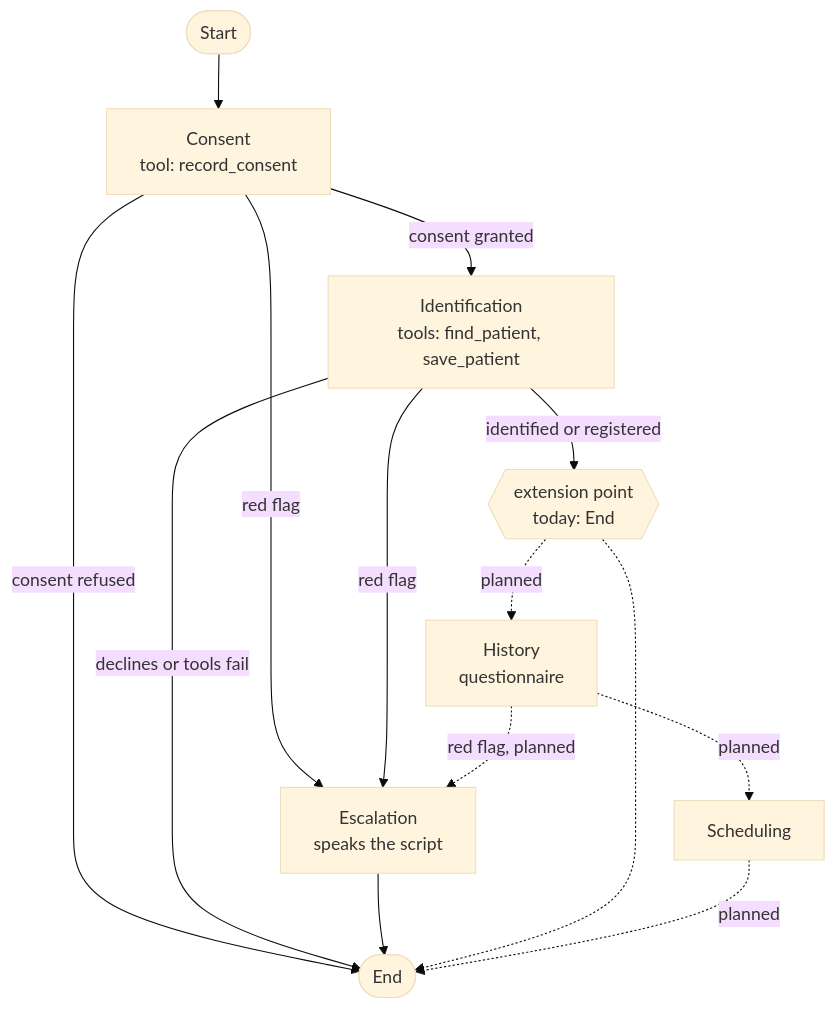
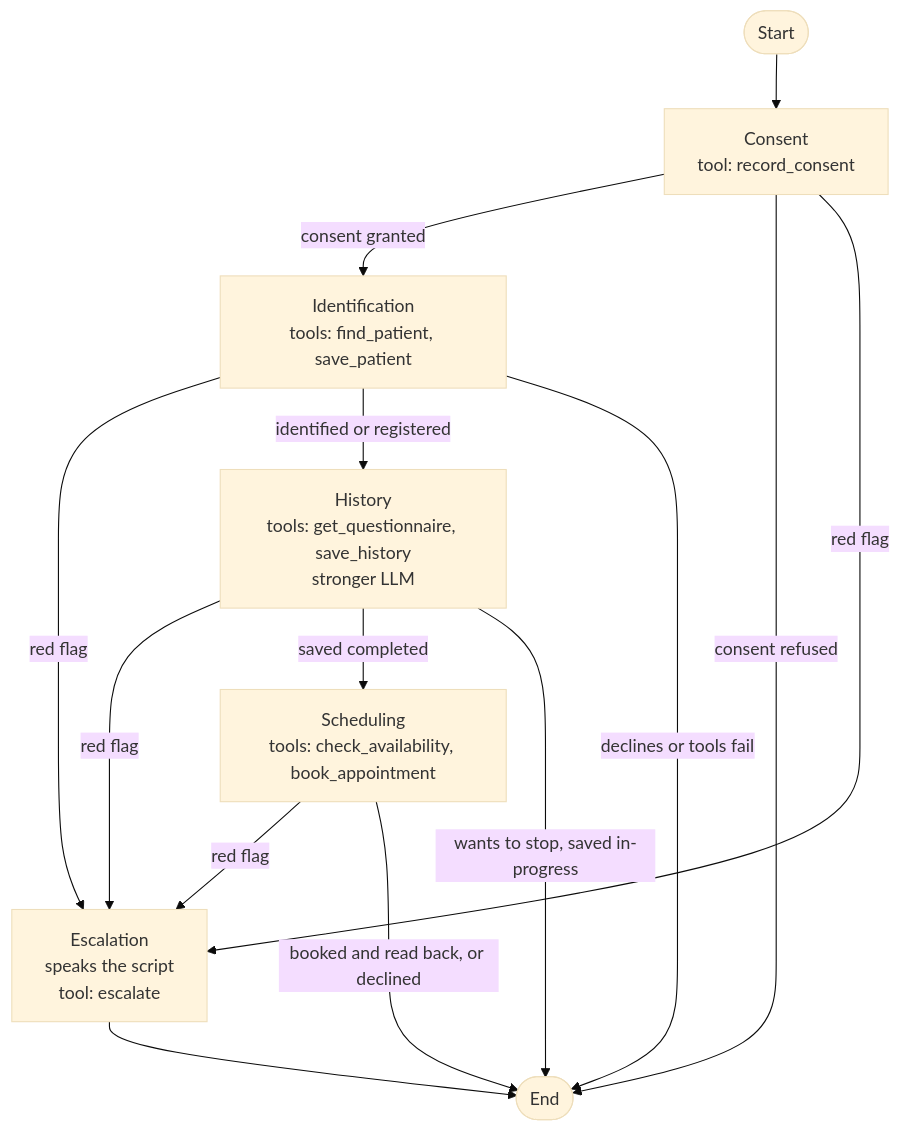
Before and after one commit to poktalabs/pokta-clinic: the diagram in docs/agent.md, drawn with Mermaid (base theme). The commit also changed other lines of this file and 26 other files, not shown here.

First line of the commit message:
feat(agent): History and Scheduling nodes, escalate tool, full analysis

````diff
--- a/docs/agent.md
+++ b/docs/agent.md
@@ -13,16 +13,16 @@
 ```mermaid
 flowchart TD
     start([Start]) --> consent[Consent<br/>tool: record_consent]
     consent -- "consent granted" --> ident[Identification<br/>tools: find_patient, save_patient]
     consent -- "consent refused" --> done([End])
-    consent -- "red flag" --> esc[Escalation<br/>speaks the script]
+    consent -- "red flag" --> esc[Escalation<br/>speaks the script<br/>tool: escalate]
     ident -- "red flag" --> esc
-    ident -- "identified or registered" --> next
+    ident -- "identified or registered" --> history[History<br/>tools: get_questionnaire, save_history<br/>stronger LLM]
     ident -- "declines or tools fail" --> done
+    history -- "red flag" --> esc
+    history -- "saved completed" --> sched[Scheduling<br/>tools: check_availability, book_appointment]
+    history -- "wants to stop, saved in-progress" --> done
+    sched -- "red flag" --> esc
+    sched -- "booked and read back, or declined" --> done
     esc --> done
-    next{{"extension point<br/>today: End"}} -.-> done
-    next -. planned .-> history[History<br/>questionnaire]
-    history -. planned .-> sched[Scheduling]
-    history -. "red flag, planned" .-> esc
-    sched -. planned .-> done
 ```
````
